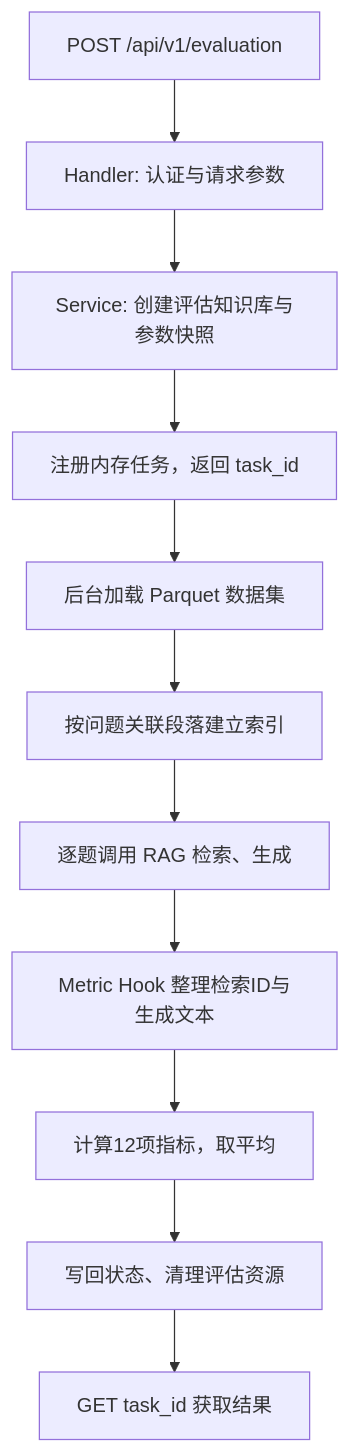
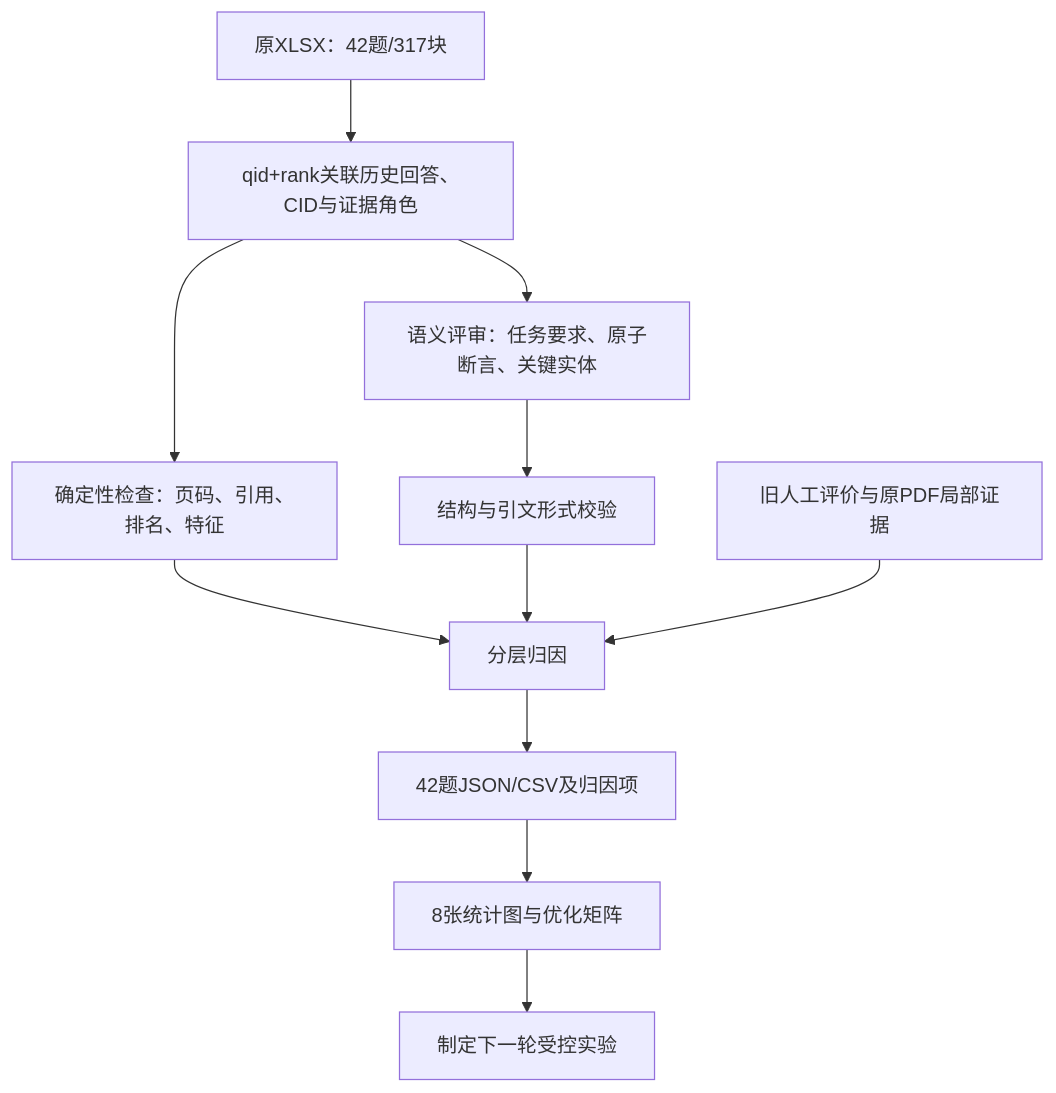
The third of 4 diagrams in assets/insurance-agent-weekly/labs/week03-from-insurance-annotation-to-rag-evaluation.md (D1ChangGeng/D1ChangGeng), drawn with Mermaid before and after one commit. The commit also changed other lines of this file and 9 other files, not shown here.

````diff
--- a/assets/insurance-agent-weekly/labs/week03-from-insurance-annotation-to-rag-evaluation.md
+++ b/assets/insurance-agent-weekly/labs/week03-from-insurance-annotation-to-rag-evaluation.md
@@ -185,13 +758,13 @@
 ```mermaid
 flowchart TD
-  A["POST /api/v1/evaluation"] --> B["Handler: 认证与请求参数"]
-  B --> C["Service: 创建评估知识库与参数快照"]
-  C --> D["注册内存任务，返回 task_id"]
-  D --> E["后台加载 Parquet 数据集"]
-  E --> F["按问题关联段落建立索引"]
-  F --> G["逐题调用 RAG 检索、生成"]
-  G --> H["Metric Hook 整理检索ID与生成文本"]
-  H --> I["计算12项指标，取平均"]
-  I --> J["写回状态、清理评估资源"]
-  J --> K["GET task_id 获取结果"]
+  A[原XLSX：42题/317块] --> B[qid+rank关联历史回答、CID与证据角色]
+  B --> C[确定性检查：页码、引用、排名、特征]
+  B --> D[语义评审：任务要求、原子断言、关键实体]
+  D --> E[结构与引文形式校验]
+  C --> F[分层归因]
+  E --> F
+  G[旧人工评价与原PDF局部证据] --> F
+  F --> H[42题JSON/CSV及归因项]
+  H --> I[8张统计图与优化矩阵]
+  I --> J[制定下一轮受控实验]
 ```
````
